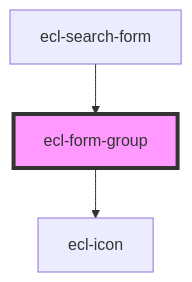
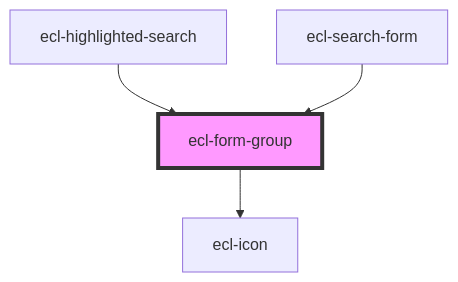
Before and after one commit to ec-europa/ecl-webcomponents: the diagram in src/components/ecl-form-group/readme.md, drawn with Mermaid. The commit also changed other lines of this file and 17 other files, not shown here.

Commit message:
chore(components): Adding highlighted search

````diff
--- a/src/components/ecl-form-group/readme.md
+++ b/src/components/ecl-form-group/readme.md
@@ -43,6 +44,7 @@
 ```mermaid
 graph TD;
   ecl-form-group --> ecl-icon
+  ecl-highlighted-search --> ecl-form-group
   ecl-search-form --> ecl-form-group
   style ecl-form-group fill:#f9f,stroke:#333,stroke-width:4px
 ```
````
